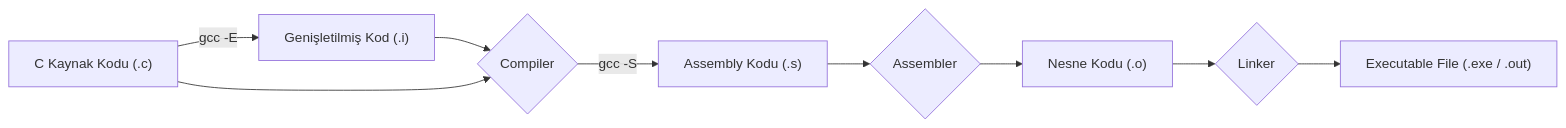
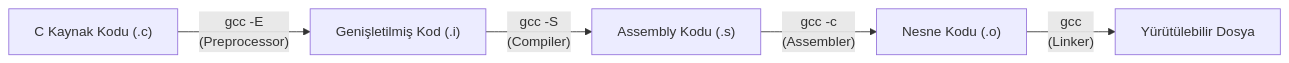
Before and after one commit to tozenbilek/tozenbilek.github.io: the first of 2 diagrams in system-programming/04-makine-kodu-temelleri.md, drawn with Mermaid.

Commit message:
Refactor Mermaid diagram in machine code fundamentals documentation to improve clarity by adding command descriptions for each compilation stage. This enhances the educational value and understanding of the compilation process.

````diff
--- a/system-programming/04-makine-kodu-temelleri.md
+++ b/system-programming/04-makine-kodu-temelleri.md
@@ -39,11 +39,7 @@
 ```mermaid
 graph LR
-    A["C Kaynak Kodu (.c)"] -- "gcc -E" --> Preprocessed["Genişletilmiş Kod (.i)"];
-    Preprocessed --> B{Compiler};
-    A --> B{Compiler};
-    B -- "gcc -S" --> C["Assembly Kodu (.s)"];
-    C --> D{Assembler};
-    D --> E["Nesne Kodu (.o)"];
-    E --> F{Linker};
-    F --> G["Executable File (.exe / .out)"];
+    A["C Kaynak Kodu (.c)"] -- "gcc -E <br> (Preprocessor)" --> B["Genişletilmiş Kod (.i)"];
+    B -- "gcc -S <br> (Compiler)" --> C["Assembly Kodu (.s)"];
+    C -- "gcc -c <br> (Assembler)" --> D["Nesne Kodu (.o)"];
+    D -- "gcc <br> (Linker)" --> E["Yürütülebilir Dosya"];
 ```
````
